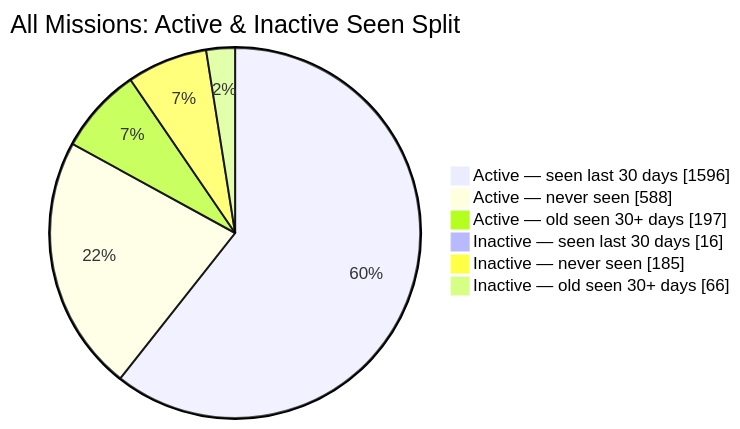
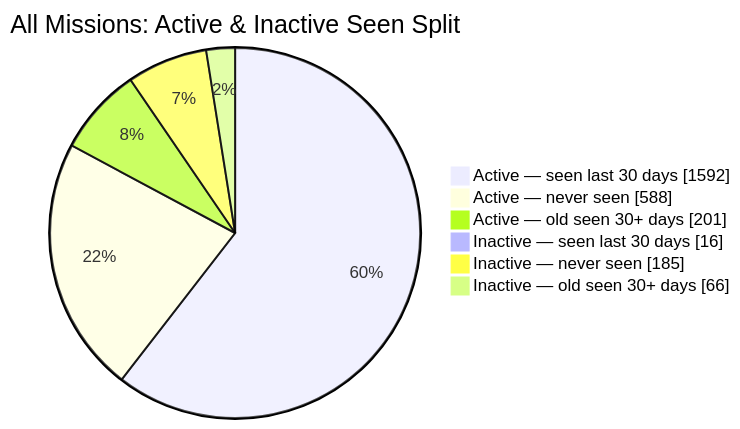
The second of 2 diagrams in README.md (MeldkamerspelGameTeam/active-missions), drawn with Mermaid before and after one commit. The commit also changed other lines of this file and 3 other files, not shown here.

````diff
--- a/README.md
+++ b/README.md
@@ -44,10 +44,10 @@
 ```mermaid
 pie showData
     title All Missions: Active & Inactive Seen Split
-    "Active — seen last 30 days" : 1596
+    "Active — seen last 30 days" : 1592
     "Active — never seen" : 588
-    "Active — old seen 30+ days" : 197
+    "Active — old seen 30+ days" : 201
     "Inactive — seen last 30 days" : 16
     "Inactive — never seen" : 185
     "Inactive — old seen 30+ days" : 66
 ```
````
